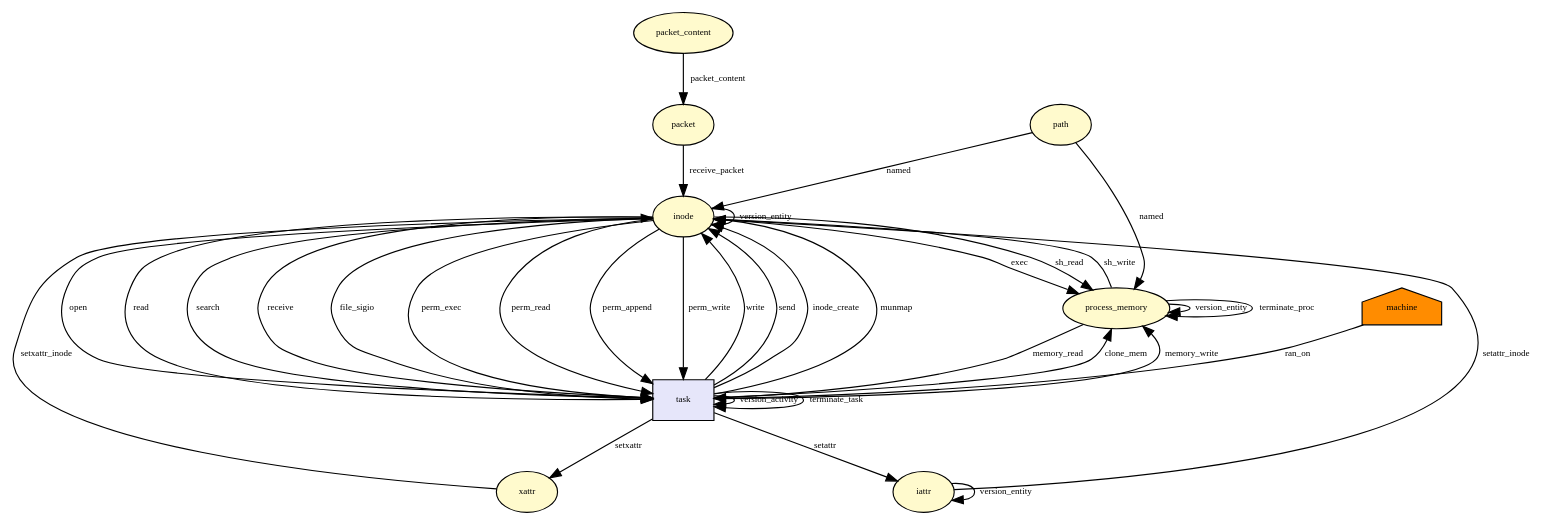
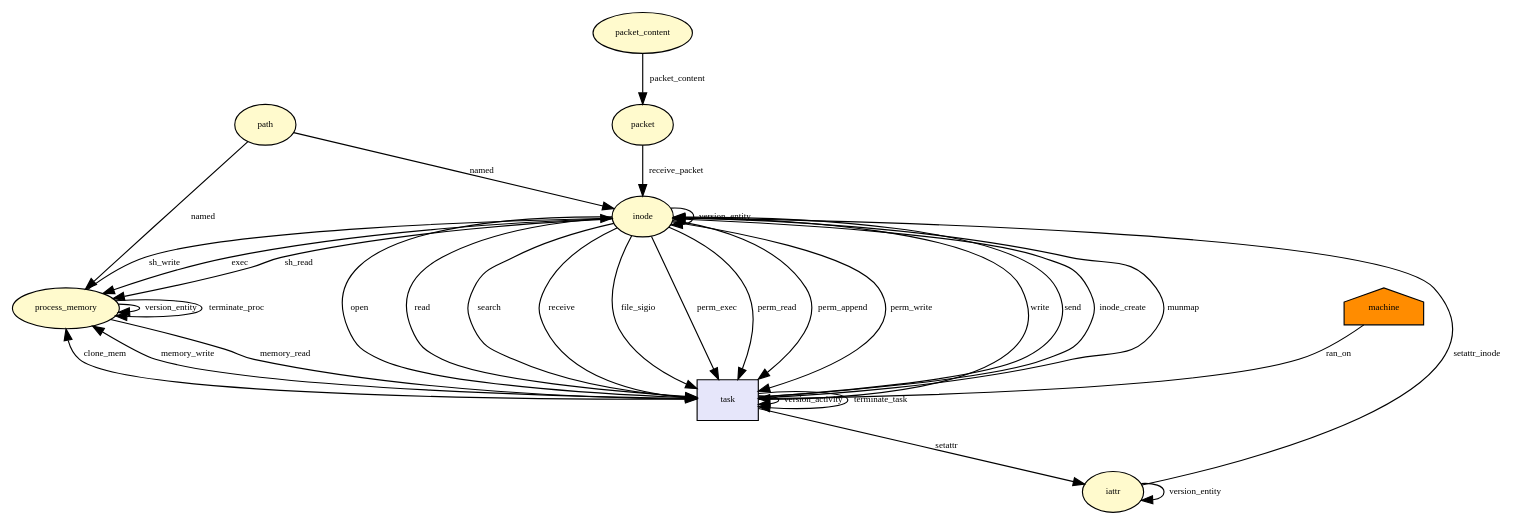
The diagram in docs/dot/__x64_sys_execve.dot (CamFlow/camflow-dev), drawn with Graphviz before and after one commit. The commit also changed 12 other files, not shown here.

```diff
--- a/docs/dot/__x64_sys_execve.dot
+++ b/docs/dot/__x64_sys_execve.dot
@@ -1,87 +1,81 @@
 digraph RGL__DirectedAdjacencyGraph {path[fontsize = 8,label = path,shape = ellipse, fillcolor="#fffacd", style = filled]
 
 inode[fontsize = 8,label = inode,shape = ellipse, fillcolor="#fffacd", style = filled]
 
 path -> inode[fontsize = 8,label = named]
 
 process_memory[fontsize = 8,label = process_memory,shape = ellipse, fillcolor="#fffacd", style = filled]
 
 inode -> process_memory[fontsize = 8,label = exec]
 
 process_memory -> process_memory[fontsize = 8,label = version_entity]
 
 process_memory -> process_memory[fontsize = 8,label = terminate_proc]
 
 task[fontsize = 8,label = task,shape = rectangle, fillcolor="#e6e6fa", style = filled]
 
 process_memory -> task[fontsize = 8,label = memory_read]
 
 task -> process_memory[fontsize = 8,label = clone_mem]
 
 task -> task[fontsize = 8,label = version_activity]
 
 inode -> process_memory[fontsize = 8,label = sh_read]
 
 path -> process_memory[fontsize = 8,label = named]
 
 machine[fontsize = 8,label = machine,shape = house, fillcolor="#ff8c00", style = filled]
 
 machine -> task[fontsize = 8,label = ran_on]
 
 inode -> task[fontsize = 8,label = open]
 
 task -> process_memory[fontsize = 8,label = memory_write]
 
 process_memory -> inode[fontsize = 8,label = sh_write]
 
 inode -> inode[fontsize = 8,label = version_entity]
 
 task -> inode[fontsize = 8,label = write]
 
 inode -> task[fontsize = 8,label = read]
 
 inode -> task[fontsize = 8,label = search]
 
 task -> inode[fontsize = 8,label = send]
 
 inode -> task[fontsize = 8,label = receive]
 
 inode -> task[fontsize = 8,label = file_sigio]
 
 task -> inode[fontsize = 8,label = inode_create]
 
 inode -> task[fontsize = 8,label = perm_exec]
 
 inode -> task[fontsize = 8,label = perm_read]
 
 inode -> task[fontsize = 8,label = perm_append]
 
 inode -> task[fontsize = 8,label = perm_write]
 
-xattr[fontsize = 8,label = xattr,shape = ellipse, fillcolor="#fffacd", style = filled]
-
-task -> xattr[fontsize = 8,label = setxattr]
-
-xattr -> inode[fontsize = 8,label = setxattr_inode]
-
 iattr[fontsize = 8,label = iattr,shape = ellipse, fillcolor="#fffacd", style = filled]
 
 task -> iattr[fontsize = 8,label = setattr]
 
 iattr -> iattr[fontsize = 8,label = version_entity]
 
 iattr -> inode[fontsize = 8,label = setattr_inode]
 
 task -> inode[fontsize = 8,label = munmap]
 
 packet_content[fontsize = 8,label = packet_content,shape = ellipse, fillcolor="#fffacd", style = filled]
 
 packet[fontsize = 8,label = packet,shape = ellipse, fillcolor="#fffacd", style = filled]
 
 packet_content -> packet[fontsize = 8,label = packet_content]
 
 packet -> inode[fontsize = 8,label = receive_packet]
 
 task -> task[fontsize = 8,label = terminate_task]
 
 }
```
